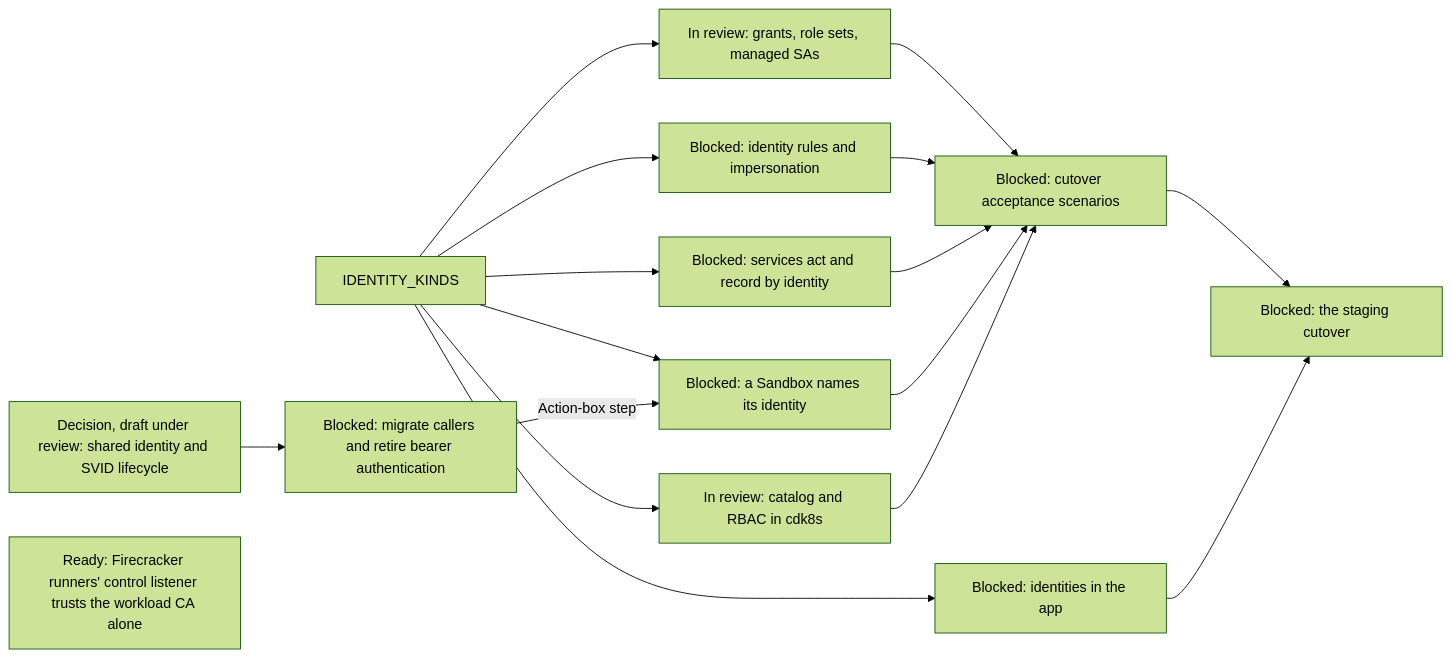
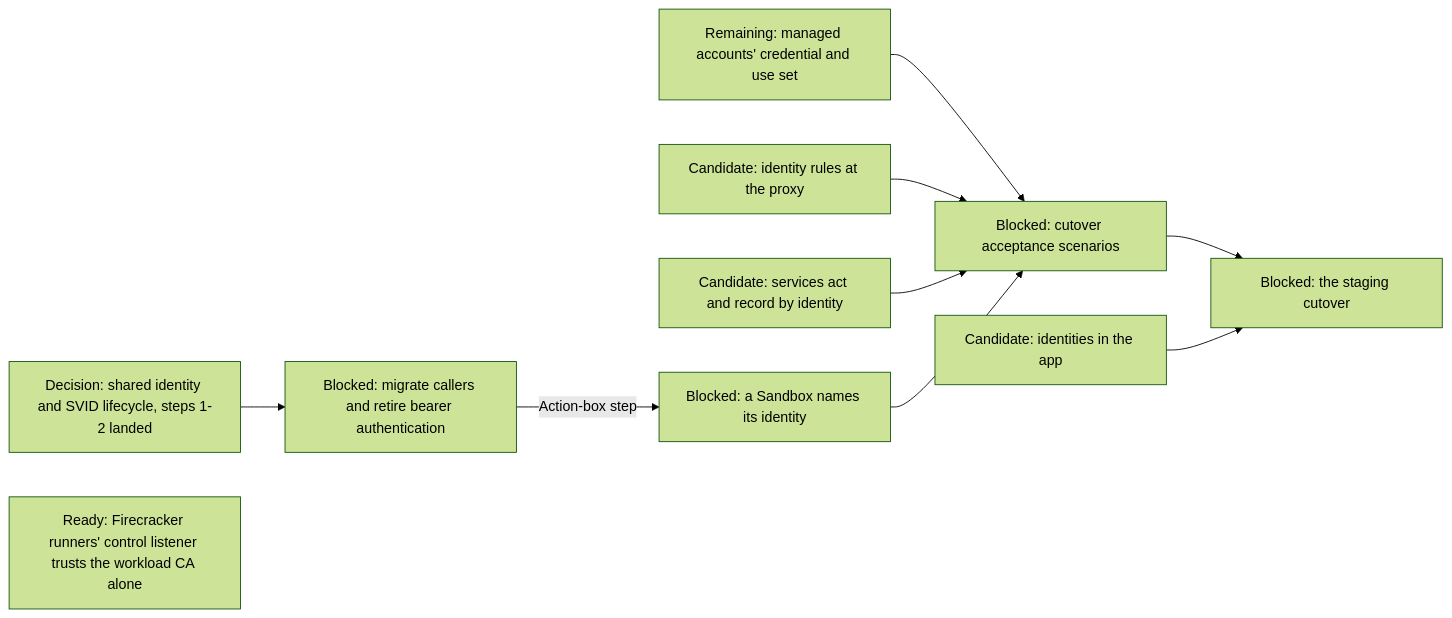
Diagram 17 of 19 in agentplane/plans/task_dag.md (agentydragon/ducktape), drawn with Mermaid (forest theme) before and after one commit. The commit also changed other lines of this file and 3 other files, not shown here.

````diff
--- a/agentplane/plans/task_dag.md
+++ b/agentplane/plans/task_dag.md
@@ -3038,19 +3016,16 @@
 ```mermaid
 flowchart LR
-    IDENTITY_KINDS --> POLICY_GRANTS[In review: grants, role sets, managed SAs]
-    IDENTITY_KINDS --> EGRESS_IDENTITY_RULES[Blocked: identity rules and impersonation]
-    IDENTITY_KINDS --> SERVICES_IDENTITY_PRINCIPAL[Blocked: services act and record by identity]
-    IDENTITY_KINDS --> SANDBOX_IDENTITY_SPEC[Blocked: a Sandbox names its identity]
-    IDENTITY_KINDS --> IDENTITY_CATALOG[In review: catalog and RBAC in cdk8s]
-    IDENTITY_KINDS --> APP_IDENTITIES_UI[Blocked: identities in the app]
-    WORKLOAD_IDENTITY_LIFECYCLE_DESIGN[Decision, draft under review: shared identity and SVID lifecycle] --> WORKLOAD_AUTH_CUTOVER[Blocked: migrate callers and retire bearer authentication]
-    WORKLOAD_AUTH_CUTOVER -->|Action-box step| SANDBOX_IDENTITY_SPEC
+    POLICY_GRANTS[Remaining: managed accounts' credential and use set]
+    EGRESS_IDENTITY_RULES[Candidate: identity rules at the proxy]
+    SERVICES_IDENTITY_PRINCIPAL[Candidate: services act and record by identity]
+    APP_IDENTITIES_UI[Candidate: identities in the app]
+    WORKLOAD_IDENTITY_LIFECYCLE_DESIGN[Decision: shared identity and SVID lifecycle, steps 1-2 landed] --> WORKLOAD_AUTH_CUTOVER[Blocked: migrate callers and retire bearer authentication]
+    WORKLOAD_AUTH_CUTOVER -->|Action-box step| SANDBOX_IDENTITY_SPEC[Blocked: a Sandbox names its identity]
     WORKLOAD_CA_CLIENT_TRUST[Ready: Firecracker runners' control listener trusts the workload CA alone]
     POLICY_GRANTS --> IDENTITY_SYSTEM_TESTS[Blocked: cutover acceptance scenarios]
     EGRESS_IDENTITY_RULES --> IDENTITY_SYSTEM_TESTS
     SERVICES_IDENTITY_PRINCIPAL --> IDENTITY_SYSTEM_TESTS
     SANDBOX_IDENTITY_SPEC --> IDENTITY_SYSTEM_TESTS
-    IDENTITY_CATALOG --> IDENTITY_SYSTEM_TESTS
     IDENTITY_SYSTEM_TESTS --> IDENTITY_CUTOVER[Blocked: the staging cutover]
     APP_IDENTITIES_UI --> IDENTITY_CUTOVER
 ```
````
